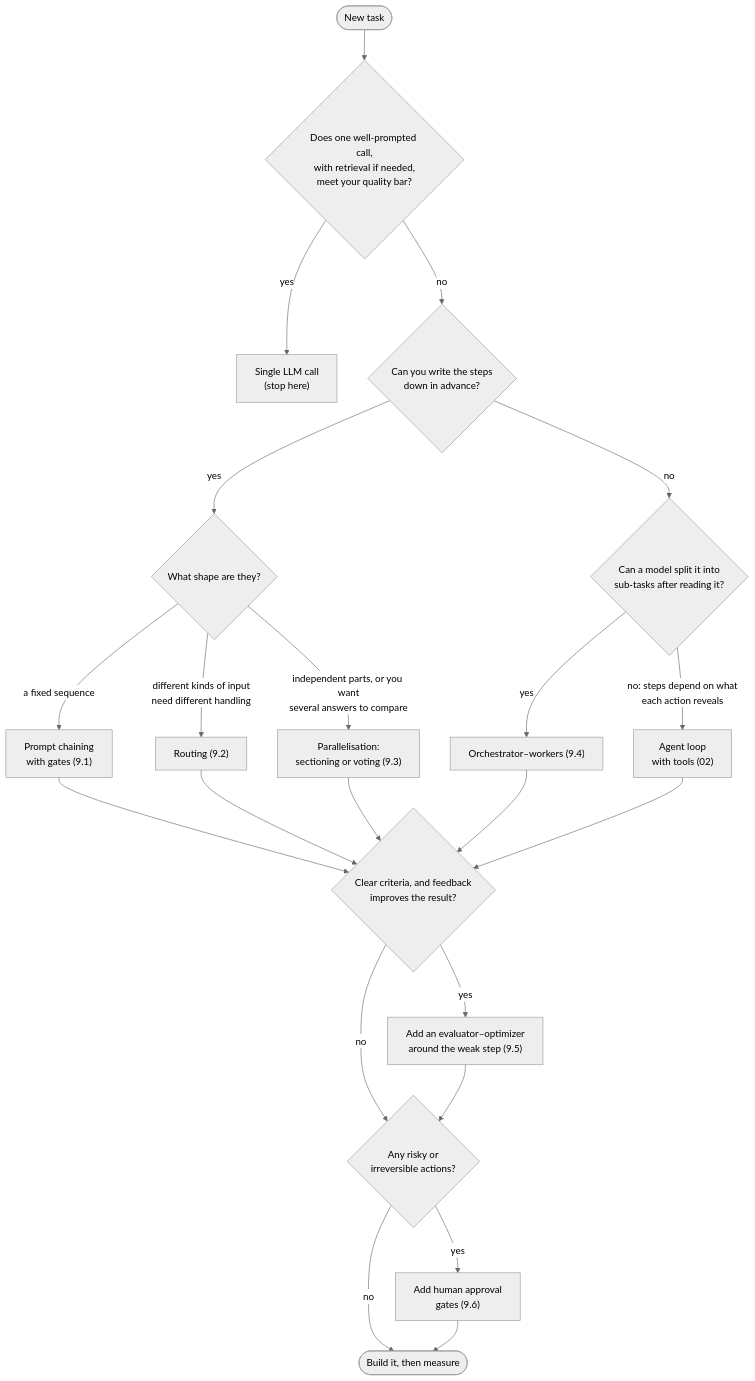
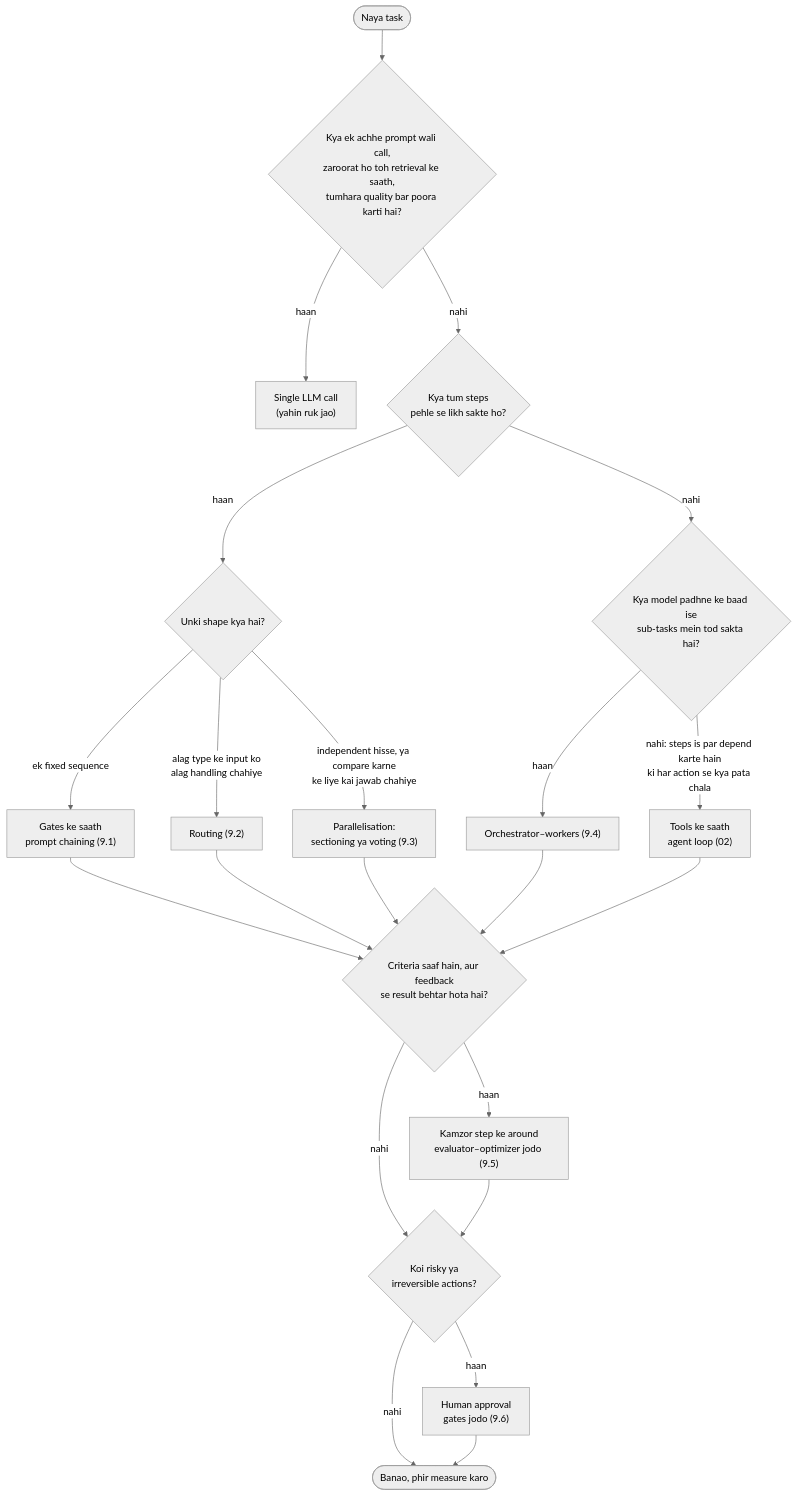
The diagram in docs/09-agent-design-patterns/09.7-choosing-a-pattern.md (asmustechno/agentic-ai-notes), drawn with Mermaid (neutral theme) before and after one commit. The commit also changed other lines of this file and 135 other files, not shown here.

````diff
--- a/docs/09-agent-design-patterns/09.7-choosing-a-pattern.md
+++ b/docs/09-agent-design-patterns/09.7-choosing-a-pattern.md
@@ -43,20 +43,20 @@
 ```mermaid
 flowchart TD
-    S([New task]) --> A{"Does one well-prompted call,<br/>with retrieval if needed,<br/>meet your quality bar?"}
-    A -->|yes| ONE["Single LLM call<br/>(stop here)"]
-    A -->|no| B{"Can you write the steps<br/>down in advance?"}
-    B -->|yes| C{"What shape are they?"}
-    C -->|"a fixed sequence"| CH["Prompt chaining<br/>with gates (9.1)"]
-    C -->|"different kinds of input<br/>need different handling"| RT["Routing (9.2)"]
-    C -->|"independent parts, or you want<br/>several answers to compare"| PA["Parallelisation:<br/>sectioning or voting (9.3)"]
-    B -->|no| D{"Can a model split it into<br/>sub-tasks after reading it?"}
-    D -->|yes| OW["Orchestrator–workers (9.4)"]
-    D -->|"no: steps depend on what<br/>each action reveals"| AG["Agent loop<br/>with tools (02)"]
-    CH & RT & PA & OW & AG --> Q{"Clear criteria, and feedback<br/>improves the result?"}
-    Q -->|yes| EO["Add an evaluator–optimizer<br/>around the weak step (9.5)"]
-    Q -->|no| R{"Any risky or<br/>irreversible actions?"}
+    S([Naya task]) --> A{"Kya ek achhe prompt wali call,<br/>zaroorat ho toh retrieval ke saath,<br/>tumhara quality bar poora karti hai?"}
+    A -->|haan| ONE["Single LLM call<br/>(yahin ruk jao)"]
+    A -->|nahi| B{"Kya tum steps<br/>pehle se likh sakte ho?"}
+    B -->|haan| C{"Unki shape kya hai?"}
+    C -->|"ek fixed sequence"| CH["Gates ke saath<br/>prompt chaining (9.1)"]
+    C -->|"alag type ke input ko<br/>alag handling chahiye"| RT["Routing (9.2)"]
+    C -->|"independent hisse, ya compare karne<br/>ke liye kai jawab chahiye"| PA["Parallelisation:<br/>sectioning ya voting (9.3)"]
+    B -->|nahi| D{"Kya model padhne ke baad ise<br/>sub-tasks mein tod sakta hai?"}
+    D -->|haan| OW["Orchestrator–workers (9.4)"]
+    D -->|"nahi: steps is par depend karte hain<br/>ki har action se kya pata chala"| AG["Tools ke saath<br/>agent loop (02)"]
+    CH & RT & PA & OW & AG --> Q{"Criteria saaf hain, aur feedback<br/>se result behtar hota hai?"}
+    Q -->|haan| EO["Kamzor step ke around<br/>evaluator–optimizer jodo (9.5)"]
+    Q -->|nahi| R{"Koi risky ya<br/>irreversible actions?"}
     EO --> R
-    R -->|yes| HL["Add human approval<br/>gates (9.6)"]
-    R -->|no| DONE([Build it, then measure])
+    R -->|haan| HL["Human approval<br/>gates jodo (9.6)"]
+    R -->|nahi| DONE(["Banao, phir measure karo"])
     HL --> DONE
 ```
````
